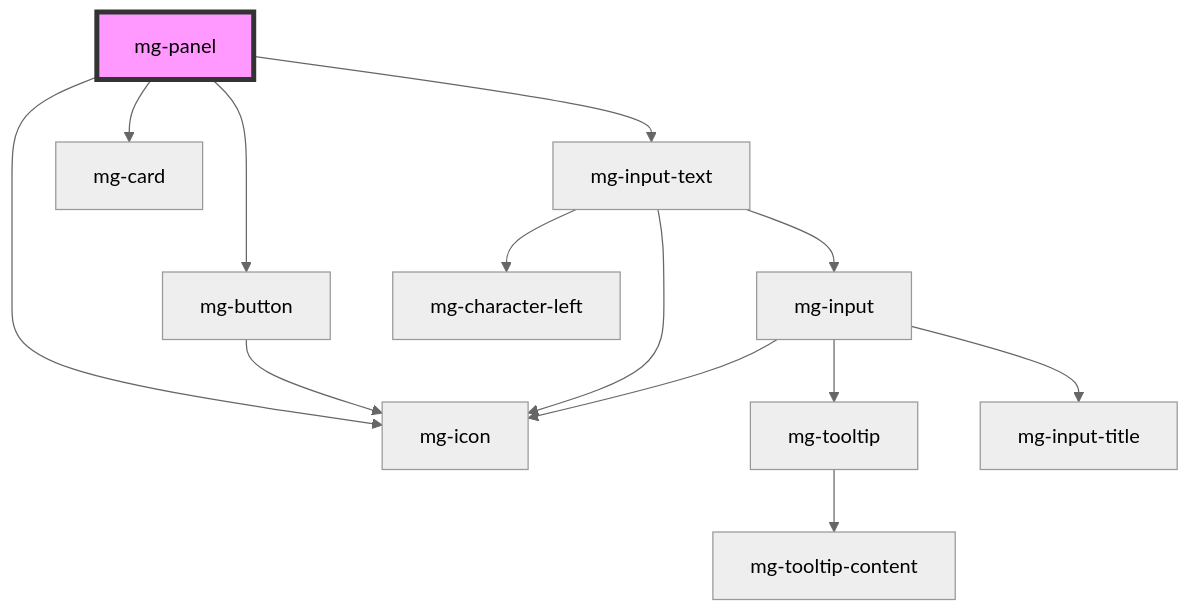
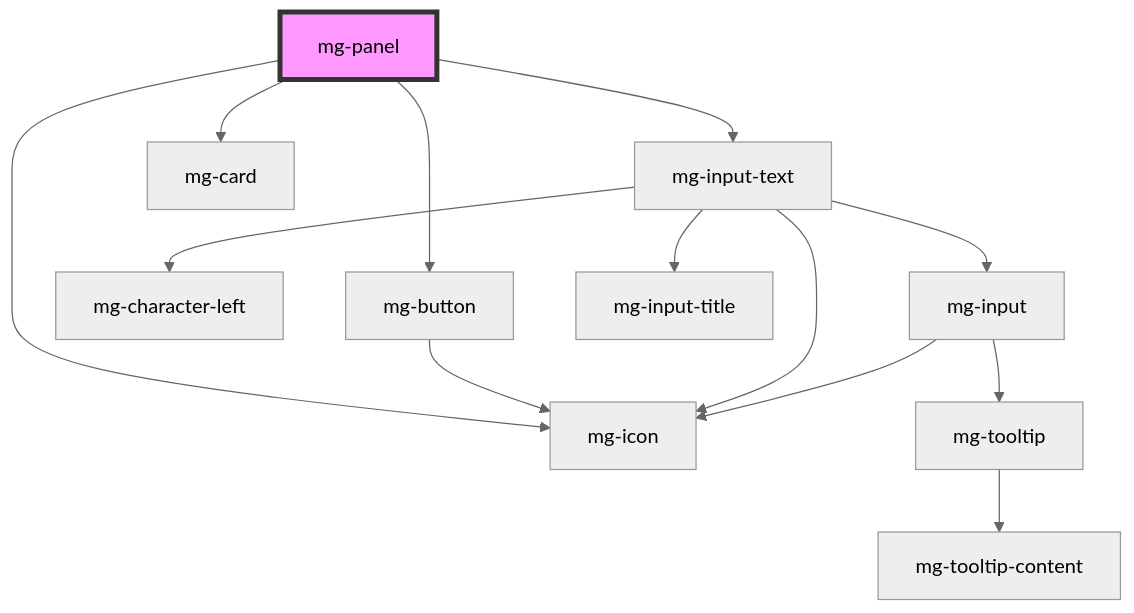
One commit to MGDIS/core-ui changed the diagram in packages/mg-components/src/components/molecules/mg-panel/readme.md. Above: the diagram before and after it, drawn with Mermaid (neutral theme). The commit also changed 50 other files, not shown here.

````diff
--- a/packages/mg-components/src/components/molecules/mg-panel/readme.md
+++ b/packages/mg-components/src/components/molecules/mg-panel/readme.md
@@ -80,16 +80,16 @@
 ```mermaid
 graph TD;
   mg-panel --> mg-button
   mg-panel --> mg-icon
   mg-panel --> mg-input-text
   mg-panel --> mg-card
   mg-button --> mg-icon
-  mg-input-text --> mg-input
   mg-input-text --> mg-icon
   mg-input-text --> mg-character-left
+  mg-input-text --> mg-input
+  mg-input-text --> mg-input-title
   mg-input --> mg-tooltip
   mg-input --> mg-icon
-  mg-input --> mg-input-title
   mg-tooltip --> mg-tooltip-content
   style mg-panel fill:#f9f,stroke:#333,stroke-width:4px
 ```
````
